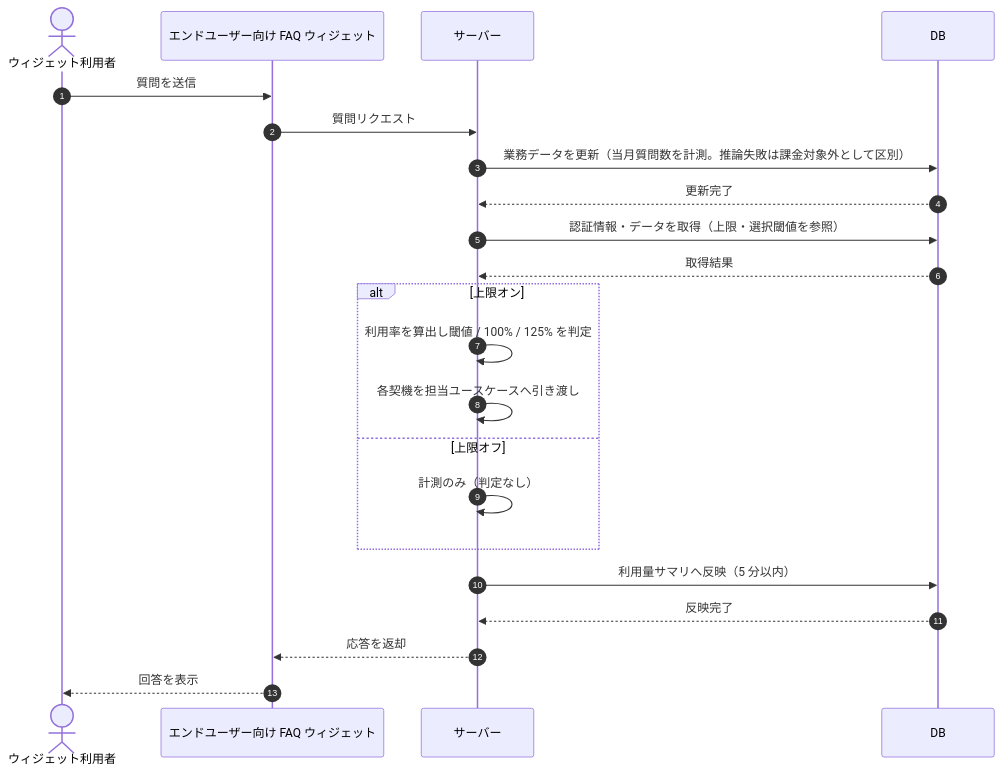
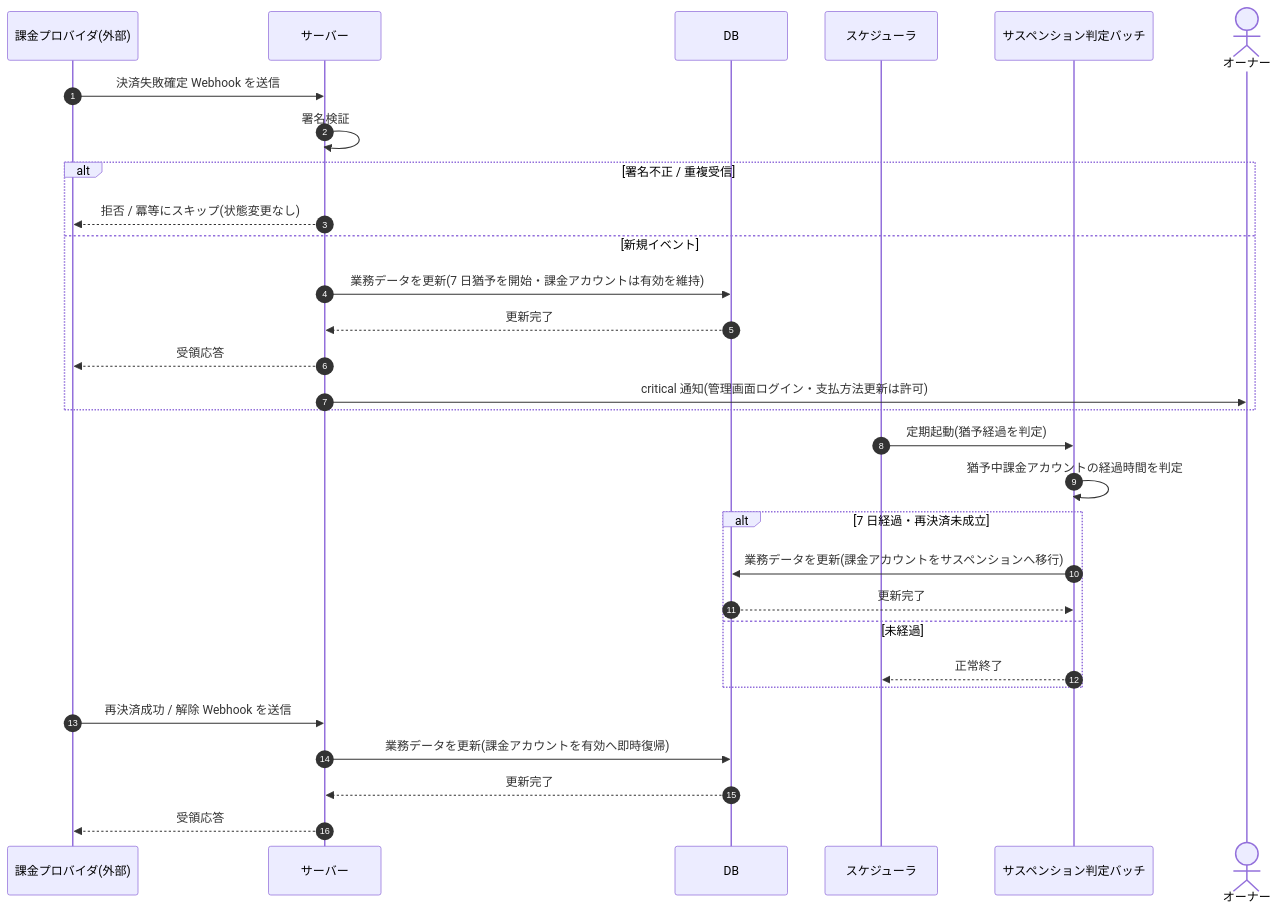
One commit to sikakou54/open-faq changed the diagram in 02_basic_design/03_sequences/SEQ-099.md. Above: the diagram before and after it, drawn with Mermaid. The commit also changed other lines of this file and 395 other files, not shown here.

````diff
--- a/02_basic_design/03_sequences/SEQ-099.md
+++ b/02_basic_design/03_sequences/SEQ-099.md
@@ -25,24 +25,32 @@
 ```mermaid
 sequenceDiagram
   autonumber
-  actor U as ウィジェット利用者
-  participant Screen as エンドユーザー向け FAQ ウィジェット
+  participant P as 課金プロバイダ(外部)
   participant Server as サーバー
   participant DB as DB
-  U->>Screen: 質問を送信
-  Screen->>Server: 質問リクエスト
-  Server->>DB: 業務データを更新（当月質問数を計測。推論失敗は課金対象外として区別）
+  participant SCH as スケジューラ
+  participant B as サスペンション判定バッチ
+  actor O as オーナー
+  P->>Server: 決済失敗確定 Webhook を送信
+  Server->>Server: 署名検証
+  alt 署名不正 / 重複受信
+    Server-->>P: 拒否 / 冪等にスキップ(状態変更なし)
+  else 新規イベント
+    Server->>DB: 業務データを更新(7 日猶予を開始・課金アカウントは有効を維持)
+    DB-->>Server: 更新完了
+    Server-->>P: 受領応答
+    Server->>O: critical 通知(管理画面ログイン・支払方法更新は許可)
+  end
+  SCH->>B: 定期起動(猶予経過を判定)
+  B->>B: 猶予中課金アカウントの経過時間を判定
+  alt 7 日経過・再決済未成立
+    B->>DB: 業務データを更新(課金アカウントをサスペンションへ移行)
+    DB-->>B: 更新完了
+  else 未経過
+    B-->>SCH: 正常終了
+  end
+  P->>Server: 再決済成功 / 解除 Webhook を送信
+  Server->>DB: 業務データを更新(課金アカウントを有効へ即時復帰)
   DB-->>Server: 更新完了
-  Server->>DB: 認証情報・データを取得（上限・選択閾値を参照）
-  DB-->>Server: 取得結果
-  alt 上限オン
-    Server->>Server: 利用率を算出し閾値 / 100% / 125% を判定
-    Server->>Server: 各契機を担当ユースケースへ引き渡し
-  else 上限オフ
-    Server->>Server: 計測のみ（判定なし）
-  end
-  Server->>DB: 利用量サマリへ反映（5 分以内）
-  DB-->>Server: 反映完了
-  Server-->>Screen: 応答を返却
-  Screen-->>U: 回答を表示
+  Server-->>P: 受領応答
 ```
````
